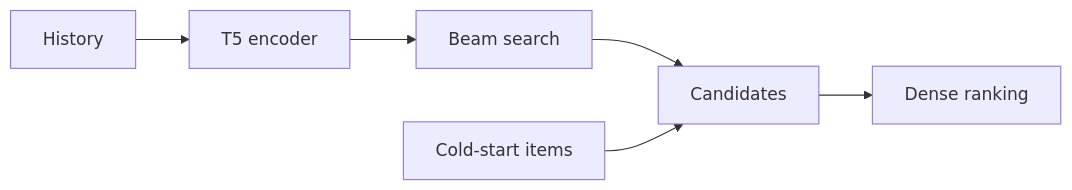
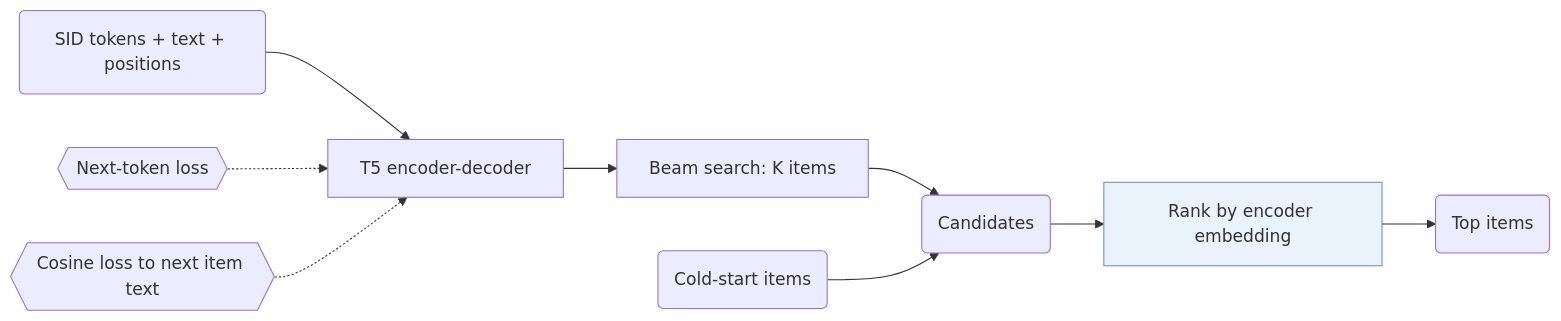
The diagram in notes/liger.md (Galaxy-ghost/Awesome-SID-Generative-Rec), drawn with Mermaid before and after one commit. The commit also changed 521 other files, not shown here.

Commit message:
writer-04 part 3: algorithm diagrams with shared shape conventions, README hero and paper cards, archive removed

````diff
--- a/notes/liger.md
+++ b/notes/liger.md
@@ -13,8 +13,12 @@
 ```mermaid
 flowchart LR
-    A[History] --> B[T5 encoder]
-    B --> C[Beam search]
-    C --> D[Candidates]
-    E[Cold-start items] --> D
-    D --> F[Dense ranking]
+    A("SID tokens + text + positions") --> B["T5 encoder-decoder"]
+    L1{{"Next-token loss"}} -.-> B
+    L2{{"Cosine loss to next item text"}} -.-> B
+    B --> D["Beam search: K items"]
+    D --> E("Candidates")
+    F("Cold-start items") --> E
+    E --> G["Rank by encoder embedding"]:::key
+    G --> H("Top items")
+    classDef key fill:#eaf2fb,stroke:#6b8fc7
 ```
````
